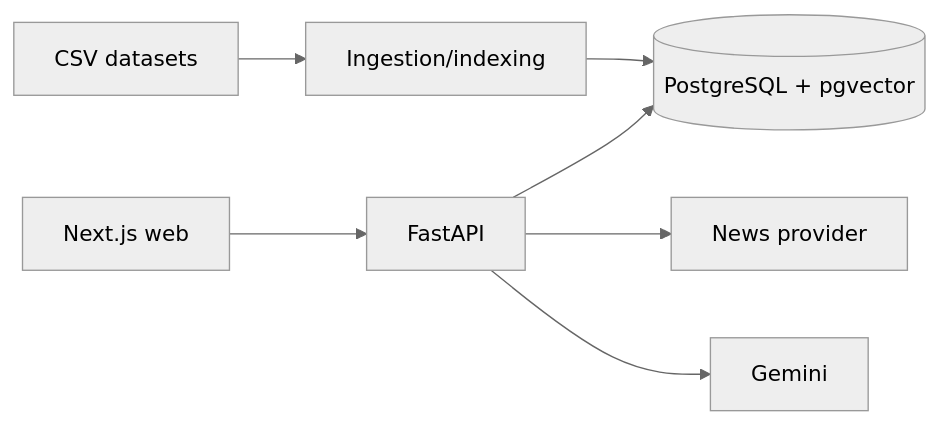
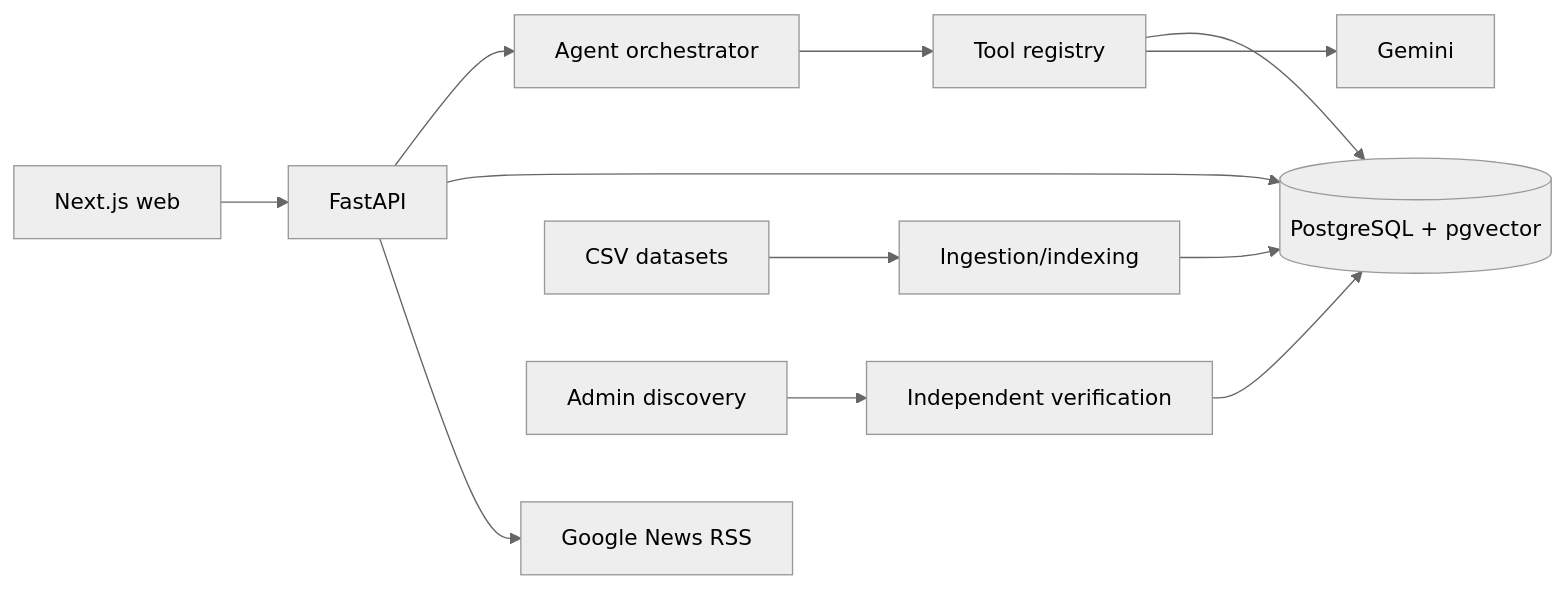
The first of 3 diagrams in docs/architecture.md (MMALLIKARJUN2312/AI_Atlas_Platform), drawn with Mermaid (neutral theme) before and after one commit. The commit also changed other lines of this file and 1 other file, not shown here.

Commit message:
docs(architecture): document agent core, auto-discovery, and system architecture

````diff
--- a/docs/architecture.md
+++ b/docs/architecture.md
@@ -5,8 +5,13 @@
 ```mermaid
 flowchart LR
   Web[Next.js web] --> API[FastAPI]
-  API --> DB[(PostgreSQL + pgvector)]
-  API --> News[News provider]
-  API --> LLM[Gemini]
+  API --> Agent[Agent orchestrator]
+  Agent --> Tools[Tool registry]
+  Tools --> DB[(PostgreSQL + pgvector)]
+  Tools --> LLM[Gemini]
+  API --> DB
+  API --> News[Google News RSS]
   CSV[CSV datasets] --> Ingest[Ingestion/indexing] --> DB
+  Admin[Admin discovery] --> Verify[Independent verification]
+  Verify --> DB
 ```
````
